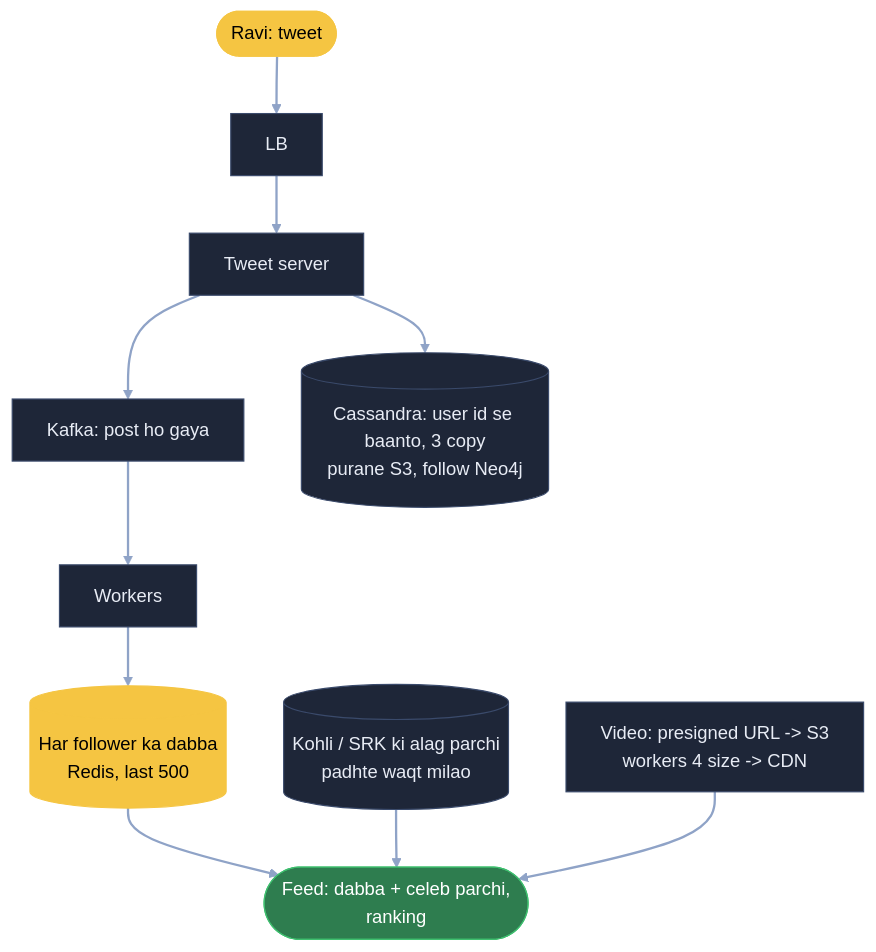
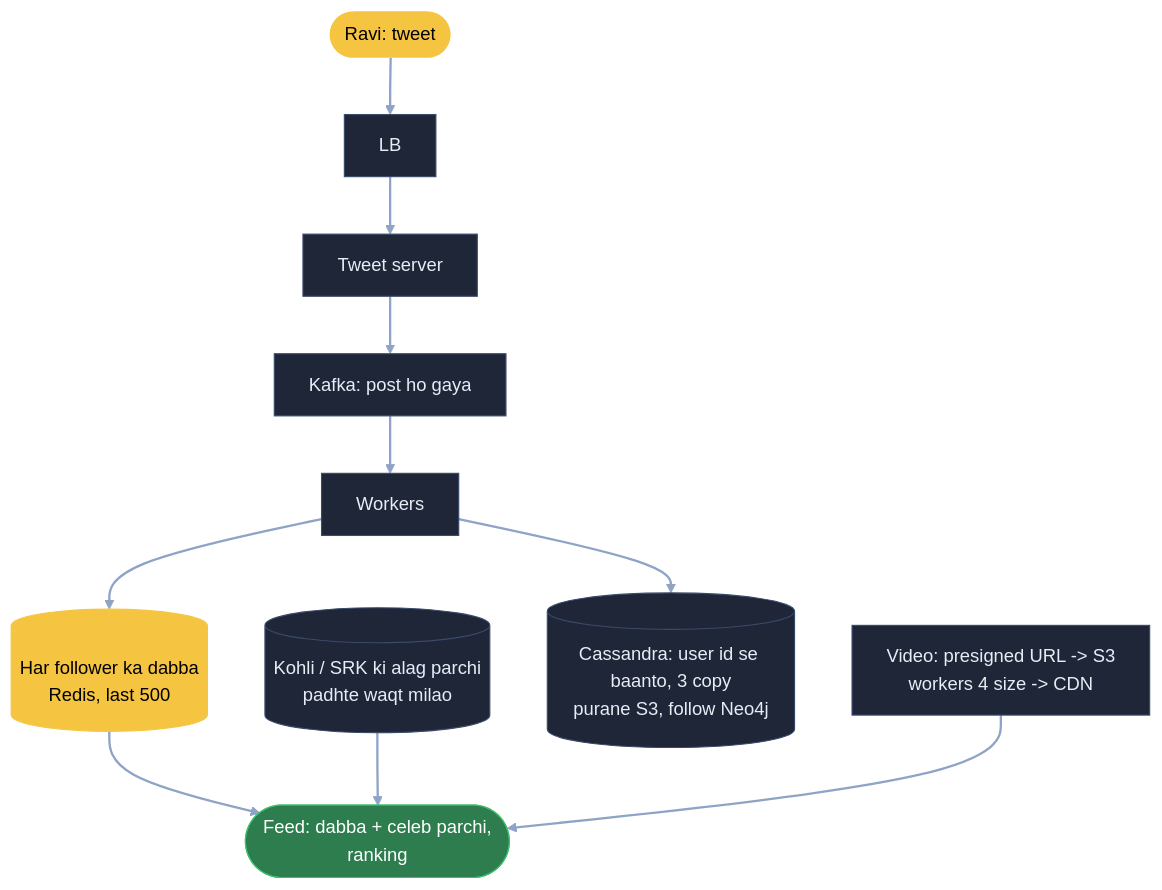
Before and after one commit to ArpanMaheshwari144/Prep: diagram 21 of 21 in 04_HLD/SYSTEM_DESIGNS/03_twitter_feed/03_twitter_feed.md, drawn with Mermaid. The commit also changed other lines of this file and 28 other files, not shown here.

````diff
--- a/04_HLD/SYSTEM_DESIGNS/03_twitter_feed/03_twitter_feed.md
+++ b/04_HLD/SYSTEM_DESIGNS/03_twitter_feed/03_twitter_feed.md
@@ -767,16 +767,16 @@
 ```mermaid
 flowchart TB
     U(["Ravi: tweet"]):::pill --> LB["LB"]:::card --> T["Tweet server"]:::card
     T --> K["Kafka: post ho gaya"]:::card --> W["Workers"]:::card
     W --> F[("Har follower ka dabba<br/>Redis, last 500")]:::pill
     CL[("Kohli / SRK ki alag parchi<br/>padhte waqt milao")]:::card
     F --> FE(["Feed: dabba + celeb parchi,<br/>ranking"]):::good
     CL --> FE
-    T --> DB[("Cassandra: user id se baanto, 3 copy<br/>purane S3, follow Neo4j")]:::card
+    W --> DB[("Cassandra: user id se baanto, 3 copy<br/>purane S3, follow Neo4j")]:::card
     V["Video: presigned URL -> S3<br/>workers 4 size -> CDN"]:::card --> FE
     linkStyle default stroke:#8fa3c7,stroke-width:2px
     classDef card fill:#1e2638,stroke:#3a4a6b,color:#e8ecf5
     classDef pill fill:#f5c542,stroke:#f5c542,color:#000
     classDef good fill:#2e7d4f,stroke:#3fbf6f,color:#fff
     classDef bad fill:#5c1f24,stroke:#e05561,color:#fff
 ```
````
